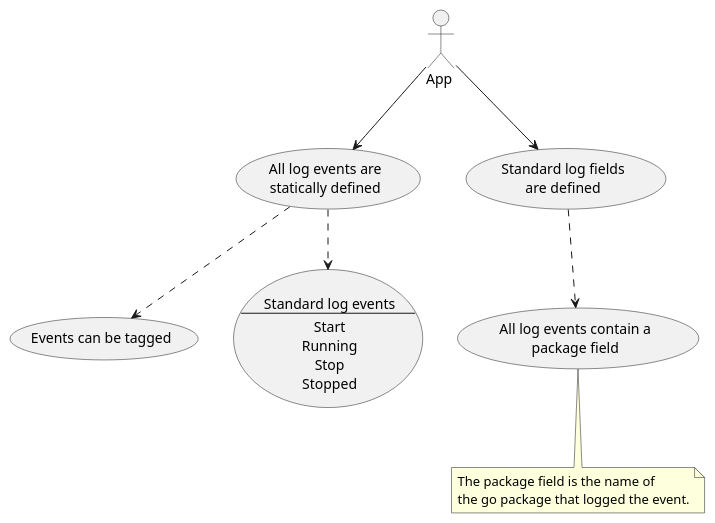
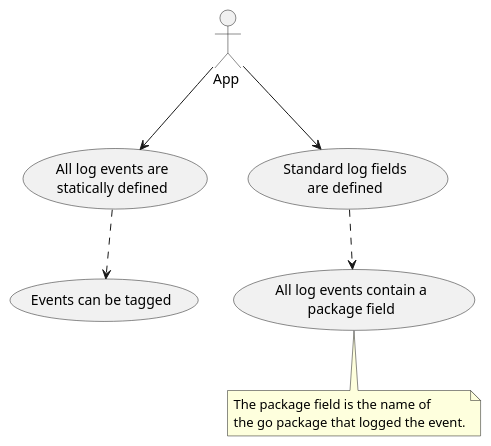
The diagram in pkg/app/logging/usecases.puml (oysterpack/andiamo), drawn with PlantUML before and after one commit. The commit also changed 8 other files, not shown here.

First line of the commit message:
Refactored log events

```diff
--- a/pkg/app/logging/usecases.puml
+++ b/pkg/app/logging/usecases.puml
@@ -1,34 +1,26 @@
 @startuml
 actor :App : as APP
 
 usecase LOG_EVENT as "All log events are
 statically defined"
 
 usecase EVENT_TAGS as "Events can be tagged"
 
-usecase STD_EVENTS as "Standard log events
----
-Start
-Running
-Stop
-Stopped"
-
-LOG_EVENT ..> STD_EVENTS
 
 usecase PACKAGE_LOGGER as "All log events contain a
 package field"
 
 note bottom of PACKAGE_LOGGER {
 The package field is the name of
 the go package that logged the event.
 }
 
 usecase STD_LOG_FIELDS as "Standard log fields
 are defined"
 
 APP --> LOG_EVENT
 APP --> STD_LOG_FIELDS
 
 STD_LOG_FIELDS ..> PACKAGE_LOGGER
 LOG_EVENT ..> EVENT_TAGS
 @enduml
```
